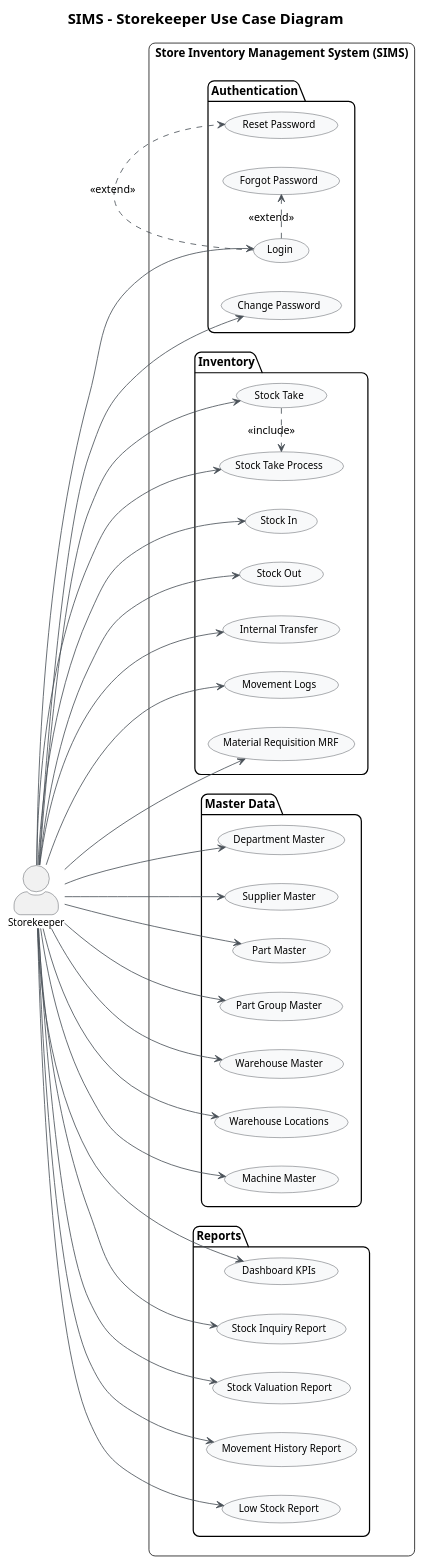
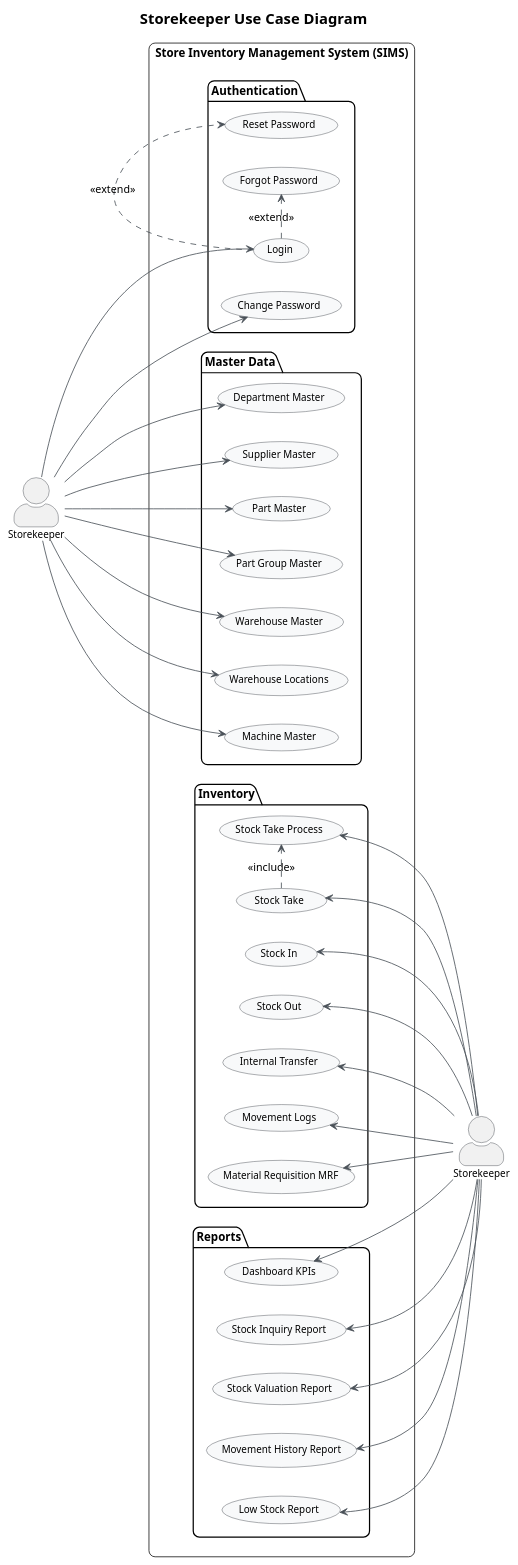
One commit to syazwan-nazri/AD-XPDC changed the diagram in UseCaseDiagram/use-case-storekeeper.puml. Above: the diagram before and after it, drawn with PlantUML. The commit also changed 8 other files, not shown here.

```diff
--- a/UseCaseDiagram/use-case-storekeeper.puml
+++ b/UseCaseDiagram/use-case-storekeeper.puml
@@ -1,81 +1,84 @@
 @startuml SIMS_Use_Case_Storekeeper
 left to right direction
 
 skinparam ActorStyle awesome
 skinparam Shadowing false
 skinparam RoundCorner 15
 skinparam ArrowColor #495057
 skinparam UsecaseBackgroundColor #F8F9FA
 skinparam UsecaseBorderColor #343A40
 skinparam ActorBorderColor #343A40
 skinparam ActorFontSize 12
 skinparam UsecaseFontSize 12
 
-title <size:18><b>SIMS - Storekeeper Use Case Diagram</b></size>
+title <size:18><b>Storekeeper Use Case Diagram</b></size>
 
-actor Storekeeper as SK
+actor Storekeeper as SK_left
 
 rectangle "Store Inventory Management System (SIMS)" as SIMS {
   package "Authentication" {
     (Login) as UC_Login
     (Forgot Password) as UC_ForgotPassword
     (Reset Password) as UC_ResetPassword
     (Change Password) as UC_ChangePassword
+  }
+
+  package "Master Data" {
+    (Department Master) as UC_DepartmentMaster
+    (Supplier Master) as UC_SupplierMaster
+    (Part Master) as UC_PartMaster
+    (Part Group Master) as UC_PartGroupMaster
+    (Warehouse Master) as UC_WarehouseMaster
+    (Warehouse Locations) as UC_WarehouseLocations
+    (Machine Master) as UC_MachineMaster
   }
 
   package "Inventory" {
     (Stock In) as UC_StockIn
     (Stock Out) as UC_StockOut
     (Internal Transfer) as UC_InternalTransfer
     (Movement Logs) as UC_MovementLogs
     (Stock Take) as UC_StockTake
     (Stock Take Process) as UC_StockTakeProcess
     (Material Requisition MRF) as UC_MRF
   }
 
-  package "Master Data" {
-    (Department Master) as UC_DepartmentMaster
-    (Supplier Master) as UC_SupplierMaster
-    (Part Master) as UC_PartMaster
-    (Part Group Master) as UC_PartGroupMaster
-    (Warehouse Master) as UC_WarehouseMaster
-    (Warehouse Locations) as UC_WarehouseLocations
-    (Machine Master) as UC_MachineMaster
-  }
-
   package "Reports" {
     (Dashboard KPIs) as UC_Dashboard
     (Stock Inquiry Report) as UC_StockInquiry
     (Stock Valuation Report) as UC_StockValuation
     (Movement History Report) as UC_MovementHistory
     (Low Stock Report) as UC_LowStock
   }
 }
 
-SK --> UC_Login
-SK --> UC_ChangePassword
-SK --> UC_DepartmentMaster
-SK --> UC_SupplierMaster
-SK --> UC_PartMaster
-SK --> UC_PartGroupMaster
-SK --> UC_WarehouseMaster
-SK --> UC_WarehouseLocations
-SK --> UC_MachineMaster
-SK --> UC_StockIn
-SK --> UC_StockOut
-SK --> UC_InternalTransfer
-SK --> UC_MovementLogs
-SK --> UC_StockTake
-SK --> UC_StockTakeProcess
-SK --> UC_MRF
-SK --> UC_Dashboard
-SK --> UC_StockInquiry
-SK --> UC_StockValuation
-SK --> UC_MovementHistory
-SK --> UC_LowStock
+actor Storekeeper as SK_right
+
+SK_left --> UC_Login
+SK_left --> UC_ChangePassword
+SK_left --> UC_DepartmentMaster
+SK_left --> UC_SupplierMaster
+SK_left --> UC_PartMaster
+SK_left --> UC_PartGroupMaster
+SK_left --> UC_WarehouseMaster
+SK_left --> UC_WarehouseLocations
+SK_left --> UC_MachineMaster
+
+UC_StockIn <-- SK_right
+UC_StockOut <-- SK_right
+UC_InternalTransfer <-- SK_right
+UC_MovementLogs <-- SK_right
+UC_StockTake <-- SK_right
+UC_StockTakeProcess <-- SK_right
+UC_MRF <-- SK_right
+UC_Dashboard <-- SK_right
+UC_StockInquiry <-- SK_right
+UC_StockValuation <-- SK_right
+UC_MovementHistory <-- SK_right
+UC_LowStock <-- SK_right
 
 UC_Login .> UC_ForgotPassword : <<extend>>
 UC_Login .> UC_ResetPassword : <<extend>>
 UC_StockTake .> UC_StockTakeProcess : <<include>>
 
 @enduml
```
